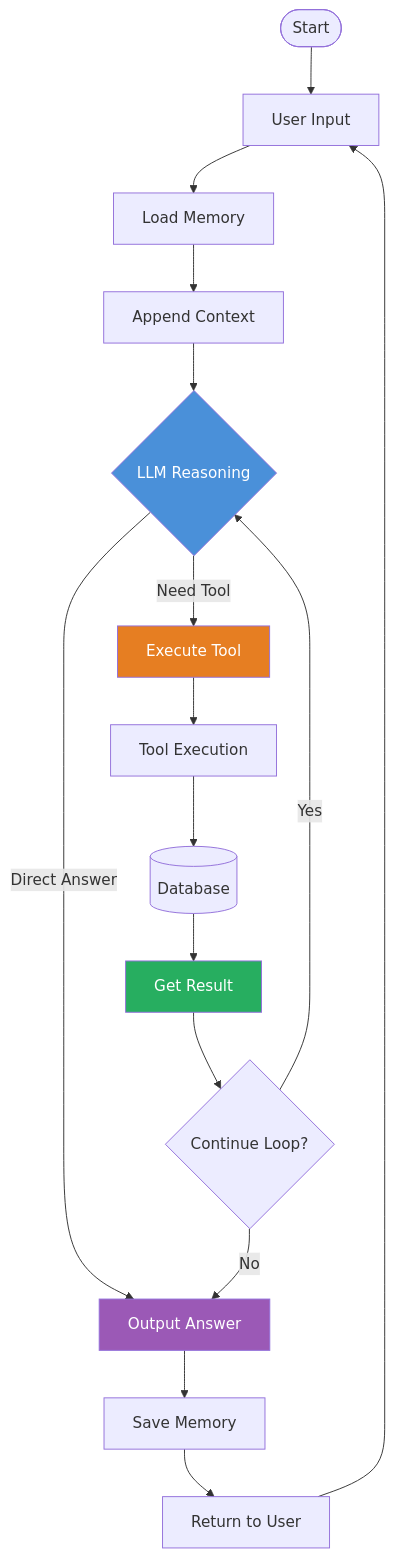
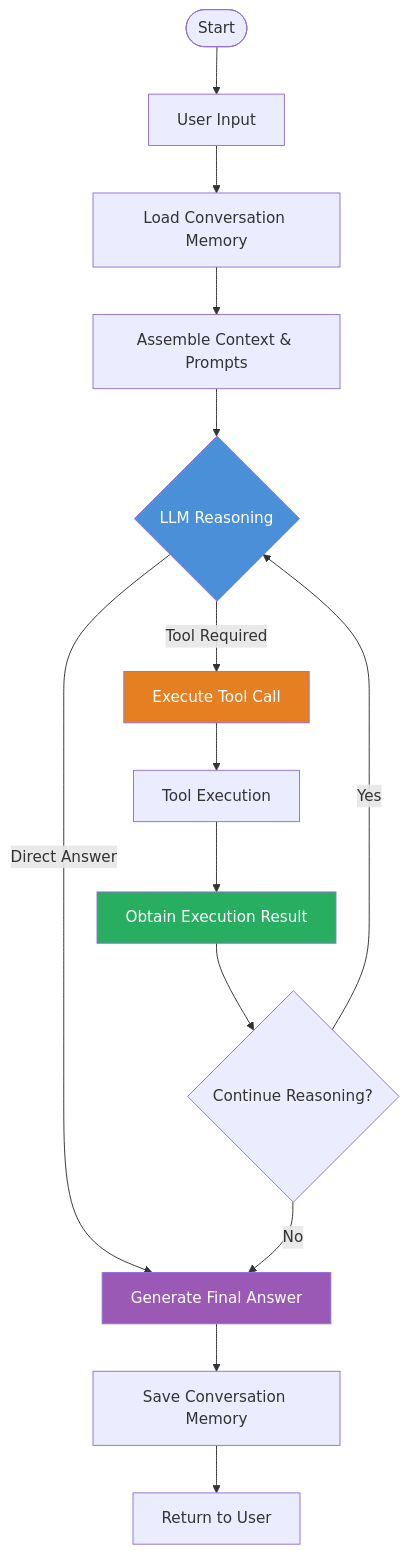
The second of 3 diagrams in README.en.md (chain-engine/x-langchain), drawn with Mermaid before and after one commit. The commit also changed other lines of this file and 1 other file, not shown here.

````diff
--- a/README.en.md
+++ b/README.en.md
@@ -264,28 +236,25 @@
 ```mermaid
 flowchart TD
-    Start([Start]) --> Input[User Input]
-    Input --> LoadMem[Load Memory]
-    LoadMem --> AppendCtx[Append Context]
+    Start(["Start"]) --> Input["User Input"]
+    Input --> LoadMem["Load Conversation Memory"]
+    LoadMem --> AppendCtx["Assemble Context & Prompts"]
 
-    AppendCtx --> Think{LLM Reasoning}
-    Think -->|Need Tool| Act[Execute Tool]
-    Think -->|Direct Answer| FinalAnswer[Output Answer]
+    AppendCtx --> Think{"LLM Reasoning"}
+    Think -->|"Tool Required"| Act["Execute Tool Call"]
+    Think -->|"Direct Answer"| FinalAnswer["Generate Final Answer"]
 
-    Act --> ToolExecute[Tool Execution]
-    ToolExecute --> DB[(Database)]
+    Act --> ToolExec["Tool Execution"]
+    ToolExec --> Observe["Obtain Execution Result"]
+    Observe --> Continue{"Continue Reasoning?"}
 
-    DB --> Observe[Get Result]
-    Observe --> Continue{Continue Loop?}
+    Continue -->|"Yes"| Think
+    Continue -->|"No"| FinalAnswer
 
-    Continue -->|Yes| Think
-    Continue -->|No| FinalAnswer
-
-    FinalAnswer --> SaveMem[Save Memory]
-    SaveMem --> Output[Return to User]
-    Output --> Input
+    FinalAnswer --> SaveMem["Save Conversation Memory"]
+    SaveMem --> Output["Return to User"]
 
     style Think fill:#4A90D9,color:#fff
     style Act fill:#E67E22,color:#fff
     style Observe fill:#27AE60,color:#fff
     style FinalAnswer fill:#9B59B6,color:#fff
 ```
````
